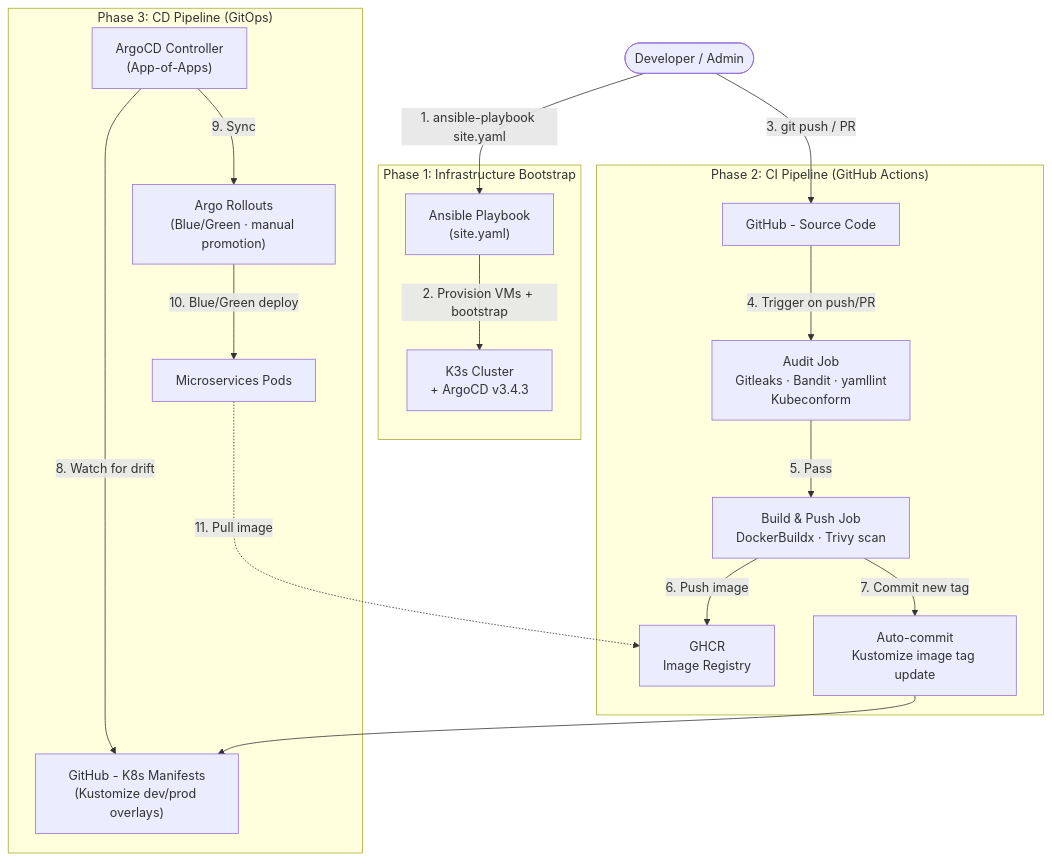
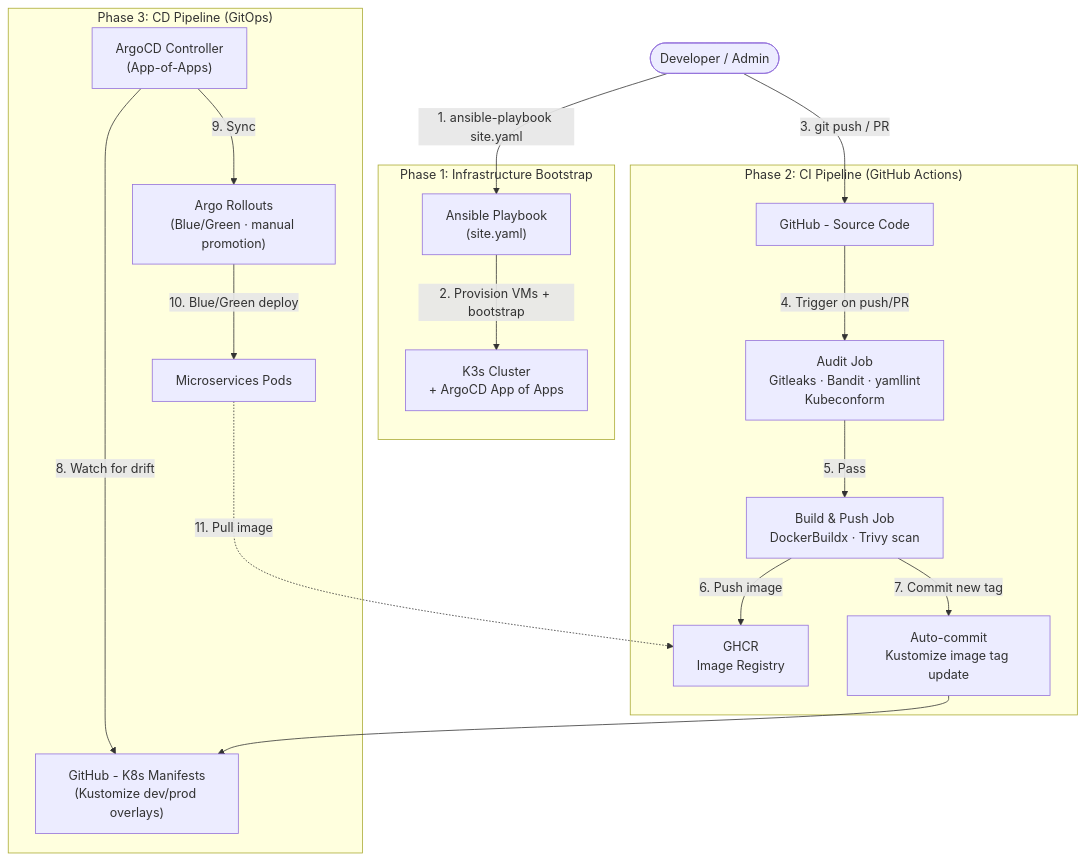
The third of 3 diagrams in README.md (hmdat-1706/proactive-scaling-microservices), drawn with Mermaid before and after one commit. The commit also changed other lines of this file and 9 other files, not shown here.

````diff
--- a/README.md
+++ b/README.md
@@ -191,39 +191,39 @@
 ```mermaid
 graph TD
     Dev(["Developer / Admin"])
 
     subgraph BOOTSTRAP ["Phase 1: Infrastructure Bootstrap"]
         Ansible["Ansible Playbook\n(site.yaml)"]
-        K3s["K3s Cluster\n+ ArgoCD v3.4.3"]
+        K3s["K3s Cluster\n+ ArgoCD App of Apps"]
     end
 
     subgraph CI ["Phase 2: CI Pipeline (GitHub Actions)"]
         Code["GitHub - Source Code"]
         Audit["Audit Job\nGitleaks · Bandit · yamllint\nKubeconform"]
         Build["Build & Push Job\nDockerBuildx · Trivy scan"]
         GHCR["GHCR\nImage Registry"]
         GitOps["Auto-commit\nKustomize image tag update"]
     end
 
     subgraph CD ["Phase 3: CD Pipeline (GitOps)"]
         Manifests["GitHub - K8s Manifests\n(Kustomize dev/prod overlays)"]
         Argo["ArgoCD Controller\n(App-of-Apps)"]
         Rollouts["Argo Rollouts\n(Blue/Green · manual promotion)"]
         Pods["Microservices Pods"]
     end
 
     Dev -->|"1. ansible-playbook site.yaml"| Ansible
     Ansible -->|"2. Provision VMs + bootstrap"| K3s
 
     Dev -->|"3. git push / PR"| Code
     Code -->|"4. Trigger on push/PR"| Audit
     Audit -->|"5. Pass"| Build
     Build -->|"6. Push image"| GHCR
     Build -->|"7. Commit new tag"| GitOps
     GitOps --> Manifests
 
     Argo -->|"8. Watch for drift"| Manifests
     Argo -->|"9. Sync"| Rollouts
     Rollouts -->|"10. Blue/Green deploy"| Pods
     Pods -..->|"11. Pull image"| GHCR
 ```
````
